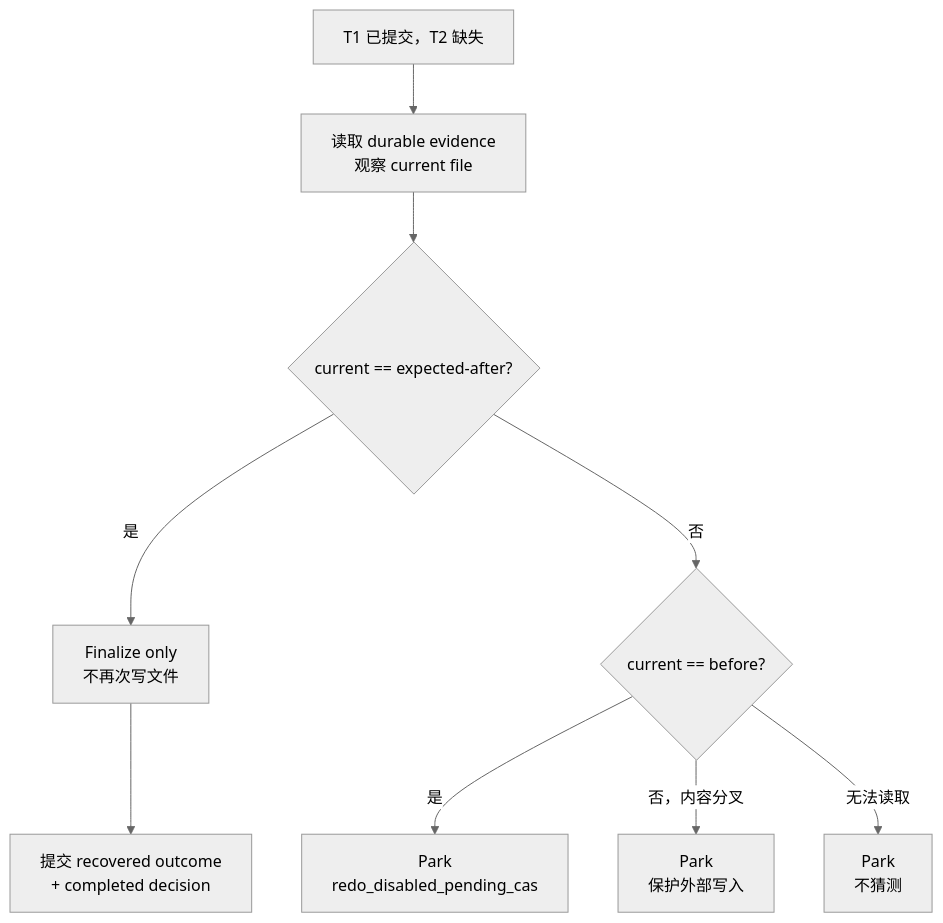
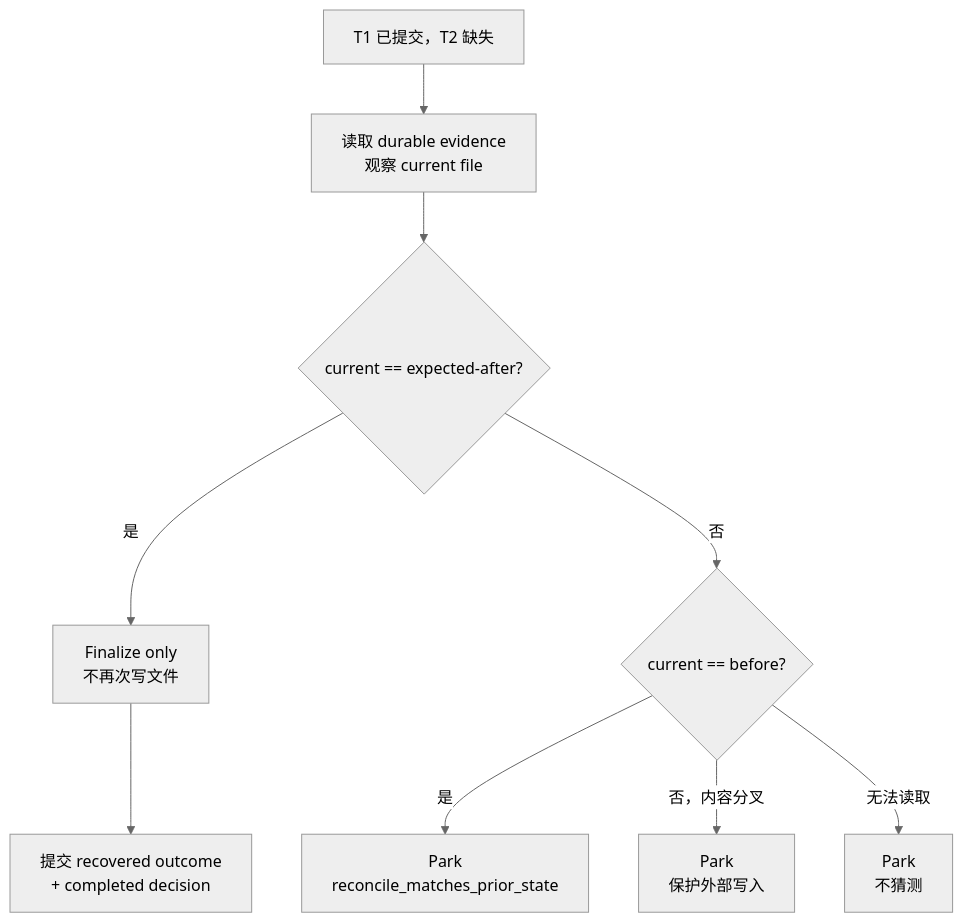
Before and after one commit to apache/maka: the ninth of 13 diagrams in docs/architecture/runtime-resume-architecture.zh-CN.md, drawn with Mermaid (neutral theme). The commit also changed other lines of this file and 4 other files, not shown here.

First line of the commit message:
docs(architecture): audit Recovery and resume group against implementation

````diff
--- a/docs/architecture/runtime-resume-architecture.zh-CN.md
+++ b/docs/architecture/runtime-resume-architecture.zh-CN.md
@@ -634,11 +634,11 @@
 ```mermaid
 flowchart TD
   T1["T1 已提交，T2 缺失"] --> Observe["读取 durable evidence<br/>观察 current file"]
   Observe --> Expected{"current == expected-after?"}
   Expected -->|"是"| Finalize["Finalize only<br/>不再次写文件"]
   Finalize --> Completed["提交 recovered outcome<br/>+ completed decision"]
   Expected -->|"否"| Prior{"current == before?"}
-  Prior -->|"是"| ParkPrior["Park<br/>redo_disabled_pending_cas"]
+  Prior -->|"是"| ParkPrior["Park<br/>reconcile_matches_prior_state"]
   Prior -->|"否，内容分叉"| ParkDiverged["Park<br/>保护外部写入"]
   Prior -->|"无法读取"| ParkUnreadable["Park<br/>不猜测"]
 ```
````
